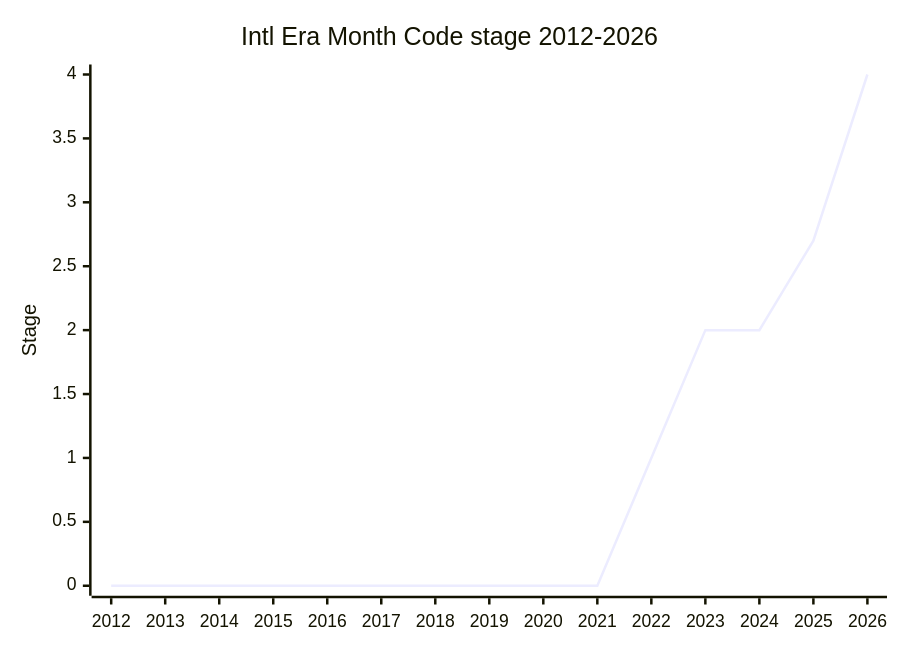
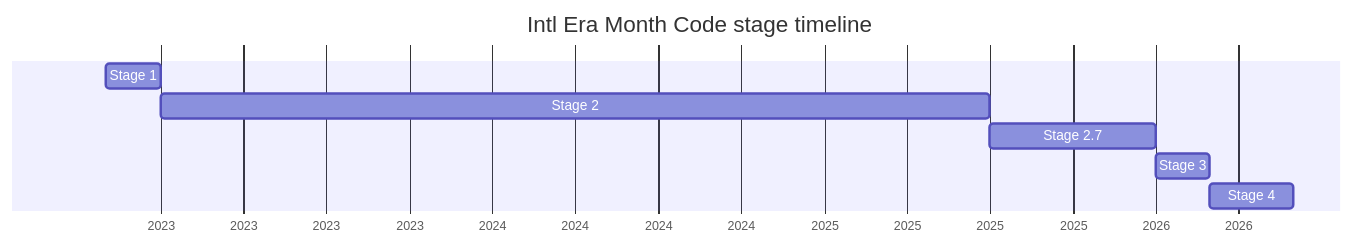
One commit to Jxck/tc39-llm-wiki changed the diagram in wiki/proposals/intl-era-month-code.md. Above: the diagram before and after it, drawn with Mermaid. The commit also changed other lines of this file and 11 other files, not shown here.

First line of the commit message:
[wiki] switch stage graphs from xychart-beta to mermaid gantt

````diff
--- a/wiki/proposals/intl-era-month-code.md
+++ b/wiki/proposals/intl-era-month-code.md
@@ -34,7 +34,12 @@
 ```mermaid
-xychart-beta
-    title "Intl Era Month Code stage 2012-2026"
-    x-axis [2012, 2013, 2014, 2015, 2016, 2017, 2018, 2019, 2020, 2021, 2022, 2023, 2024, 2025, 2026]
-    y-axis "Stage" 0 --> 4
-    line [0, 0, 0, 0, 0, 0, 0, 0, 0, 0, 1, 2, 2, 2.7, 4]
+gantt
+    title Intl Era Month Code stage timeline
+    dateFormat YYYY-MM
+    axisFormat %Y
+    todayMarker off
+    Stage 1 : 2022-11, 2023-01
+    Stage 2 : 2023-01, 2025-07
+    Stage 2.7 : 2025-07, 2026-01
+    Stage 3 : 2026-01, 2026-03
+    Stage 4 : 2026-03, 2026-06
 ```
````
